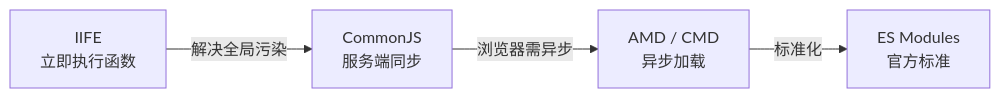
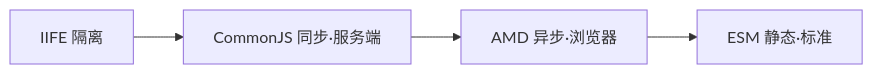
One commit to inspire-man/frontend-knowledge-base changed the diagram in frontend-knowledge-base/卷五-构建与工程化/5.1-模块化演进.md. Above: the diagram before and after it, drawn with Mermaid. The commit also changed other lines of this file and 2 other files, not shown here.

````diff
--- a/frontend-knowledge-base/卷五-构建与工程化/5.1-模块化演进.md
+++ b/frontend-knowledge-base/卷五-构建与工程化/5.1-模块化演进.md
@@ -16,6 +16,6 @@
 ```mermaid
 flowchart LR
-    A[IIFE<br/>立即执行函数] -->|解决全局污染| B[CommonJS<br/>服务端同步]
-    B -->|浏览器需异步| C[AMD / CMD<br/>异步加载]
-    C -->|标准化| D[ES Modules<br/>官方标准]
+    A[IIFE 隔离] --> B[CommonJS 同步·服务端]
+    B --> C[AMD 异步·浏览器]
+    C --> D[ESM 静态·标准]
 ```
````
